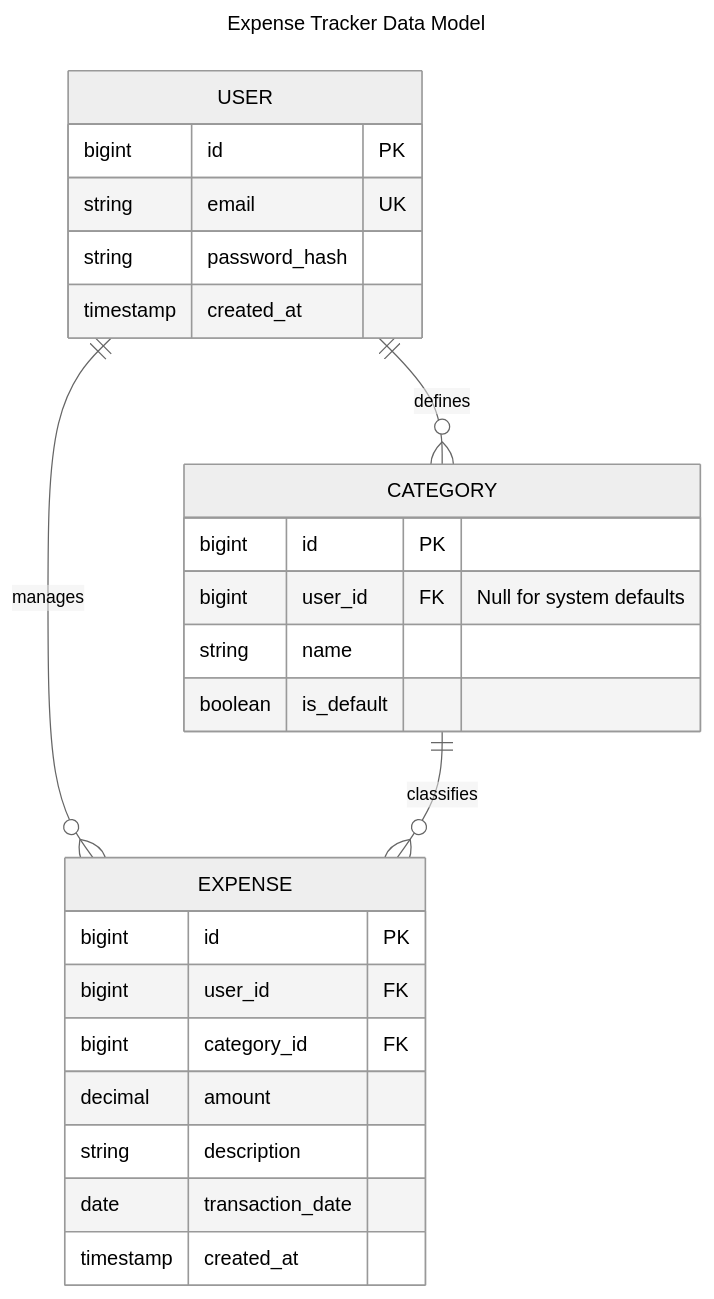
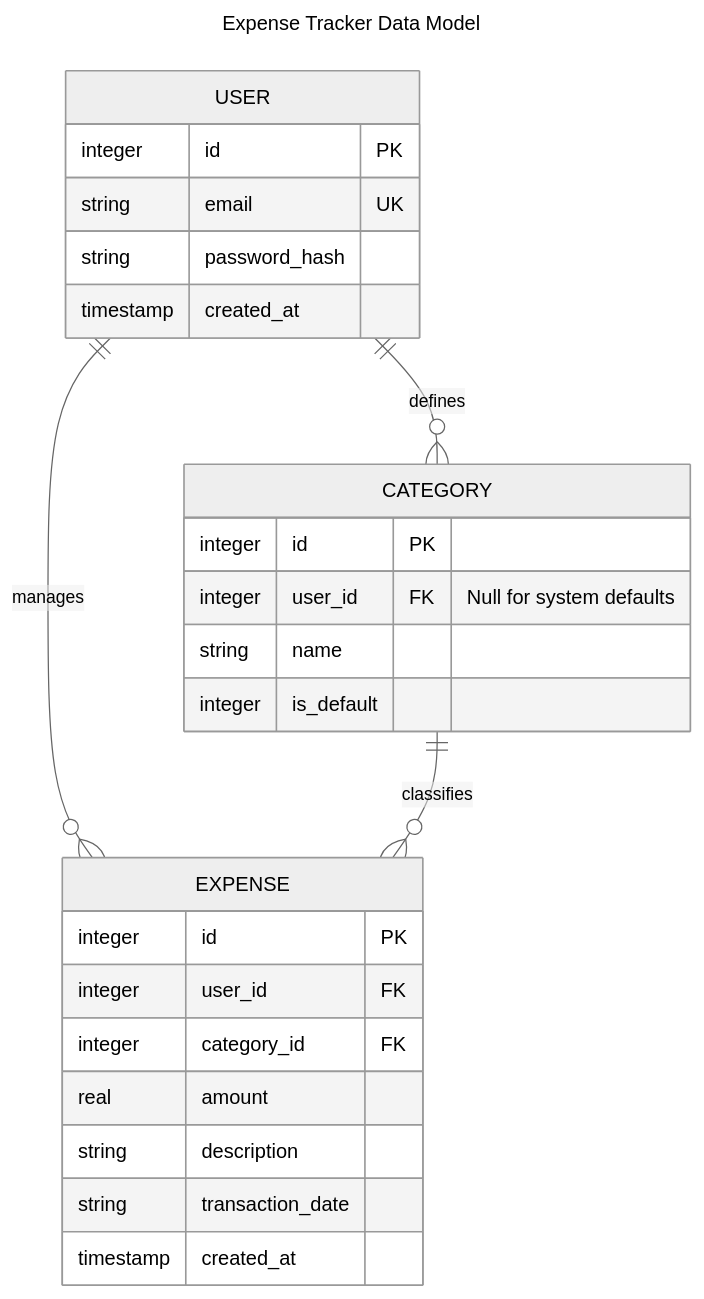
Before and after one commit to AtomicHank/UMGC-Comp-Sci: the diagram in CMSC 495 Computer Science Capstone/cmsc495-expense-tracker-feature-unit-tests/docs/Visuals/data_model.mmd, drawn with Mermaid (neutral theme). The commit also changed 65 other files, not shown here.

```diff
--- a/CMSC 495 Computer Science Capstone/cmsc495-expense-tracker-feature-unit-tests/docs/Visuals/data_model.mmd
+++ b/CMSC 495 Computer Science Capstone/cmsc495-expense-tracker-feature-unit-tests/docs/Visuals/data_model.mmd
@@ -1,31 +1,31 @@
 ---
 title: Expense Tracker Data Model
 ---
 erDiagram
     USER ||--o{ CATEGORY : "defines"
     USER ||--o{ EXPENSE : "manages"
     CATEGORY ||--o{ EXPENSE : "classifies"
 
     USER {
-        bigint id PK
+        integer id PK
         string email UK
         string password_hash
         timestamp created_at
     }
 
     CATEGORY {
-        bigint id PK
-        bigint user_id FK "Null for system defaults"
+        integer id PK
+        integer user_id FK "Null for system defaults"
         string name
-        boolean is_default
+        integer is_default
     }
 
     EXPENSE {
-        bigint id PK
-        bigint user_id FK
-        bigint category_id FK
-        decimal amount
+        integer id PK
+        integer user_id FK
+        integer category_id FK
+        real amount
         string description
-        date transaction_date
+        string transaction_date
         timestamp created_at
     }
```
